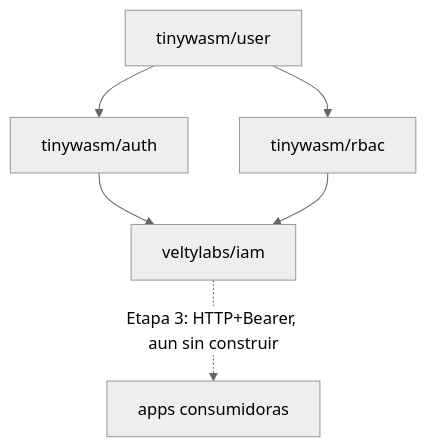
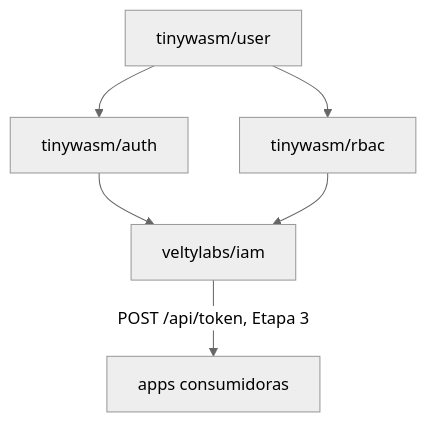
Before and after one commit to veltylabs/iam: the diagram in docs/ARCHITECTURE.md, drawn with Mermaid (neutral theme). The commit also changed other lines of this file and 22 other files, not shown here.

First line of the commit message:
feat: bearer API tokens (project-scoped) and SSO cookie across *.velty.cl

````diff
--- a/docs/ARCHITECTURE.md
+++ b/docs/ARCHITECTURE.md
@@ -234,8 +233,8 @@
 ```mermaid
 flowchart TD
     U[tinywasm/user] --> A[tinywasm/auth]
     U --> R[tinywasm/rbac]
     A --> I[veltylabs/iam]
     R --> I
-    I -.->|Etapa 3: HTTP+Bearer, aun sin construir| C[apps consumidoras]
+    I -->|POST /api/token, Etapa 3| C[apps consumidoras]
 ```
````
